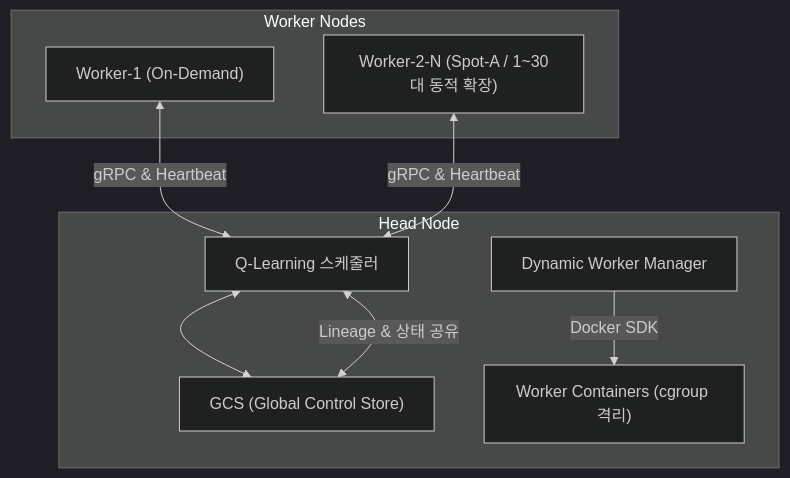
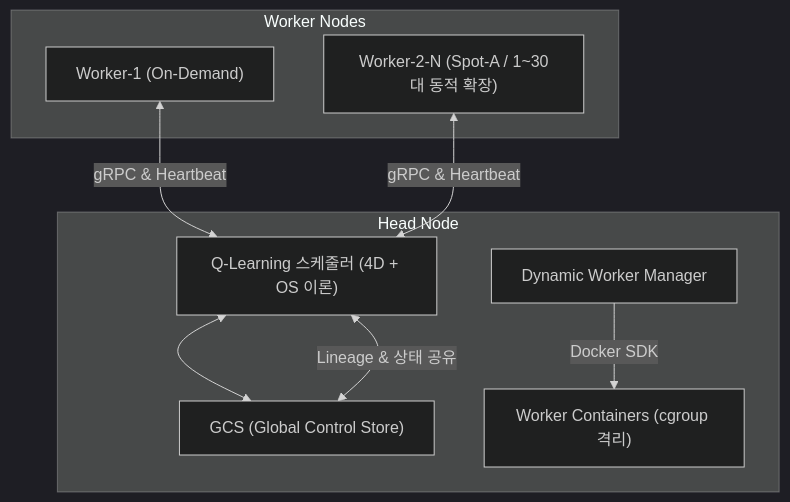
Before and after one commit to sijoon-sung/-WE-MEET: the diagram in project_proposal.md, drawn with Mermaid (dark theme). The commit also changed other lines of this file and 14 other files, not shown here.

````diff
--- a/project_proposal.md
+++ b/project_proposal.md
@@ -128,14 +64,14 @@
 ```mermaid
 graph TD
     subgraph Head Node
-        Scheduler["Q-Learning 스케줄러"] <--> GCS["GCS (Global Control Store)"]
+        Scheduler["Q-Learning 스케줄러 (4D + OS 이론)"] <--> GCS["GCS (Global Control Store)"]
         ScaleManager["Dynamic Worker Manager"] -->|Docker SDK| Containers["Worker Containers (cgroup 격리)"]
     end
     
     subgraph Worker Nodes
         W1["Worker-1 (On-Demand)"] <-->|gRPC & Heartbeat| Scheduler
         W2["Worker-2-N (Spot-A / 1~30대 동적 확장)"] <-->|gRPC & Heartbeat| Scheduler
     end
     
     GCS <-->|Lineage & 상태 공유| Scheduler
 ```
````
